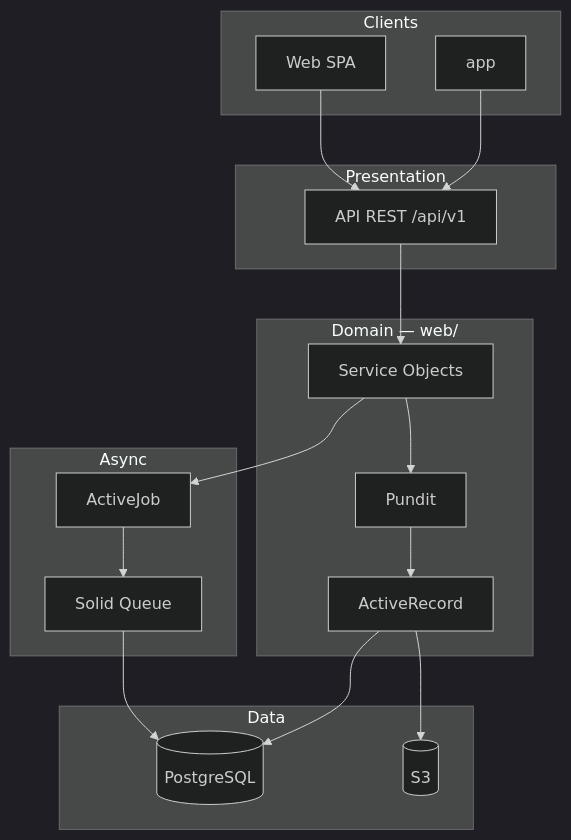
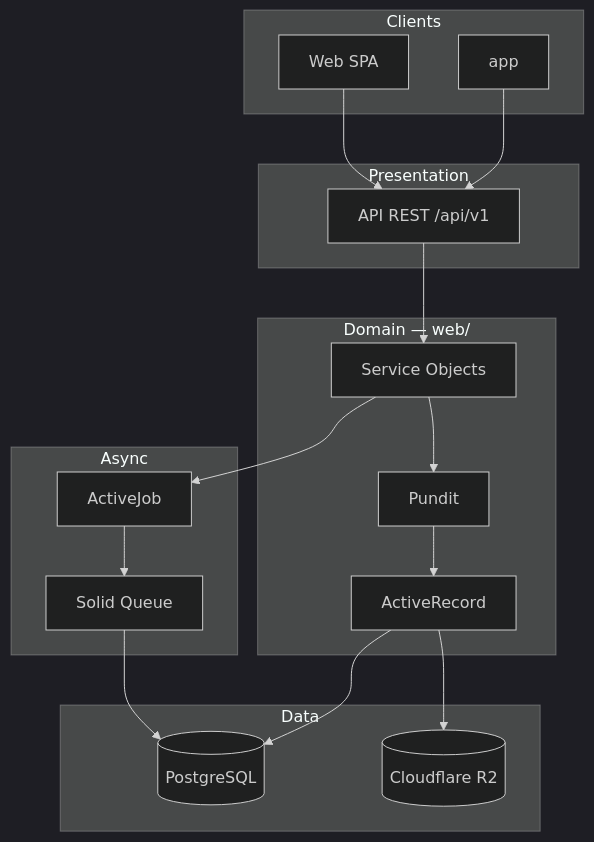
Before and after one commit to DLA-Solutions/school_lab: the second of 2 diagrams in docs/web-stack.md, drawn with Mermaid (dark theme). The commit also changed other lines of this file and 17 other files, not shown here.

````diff
--- a/docs/web-stack.md
+++ b/docs/web-stack.md
@@ -313,41 +313,41 @@
 ```mermaid
 flowchart TB
     subgraph clients [Clients]
         WebUI[Web SPA]
         MobileApp[app]
     end
 
     subgraph presentation [Presentation]
         API[API REST /api/v1]
     end
 
     subgraph domain [Domain — web/]
         Services[Service Objects]
         Policies[Pundit]
         Models[ActiveRecord]
     end
 
     subgraph async [Async]
         ActiveJob[ActiveJob]
         SolidQueue[Solid Queue]
     end
 
     subgraph data [Data]
         PG[(PostgreSQL)]
-        S3[(S3)]
+        R2[(Cloudflare R2)]
     end
 
     WebUI --> API
     MobileApp --> API
 
     API --> Services
     Services --> Policies
     Policies --> Models
 
     Services --> ActiveJob
     ActiveJob --> SolidQueue
     SolidQueue --> PG
 
     Models --> PG
-    Models --> S3
+    Models --> R2
 ```
````
